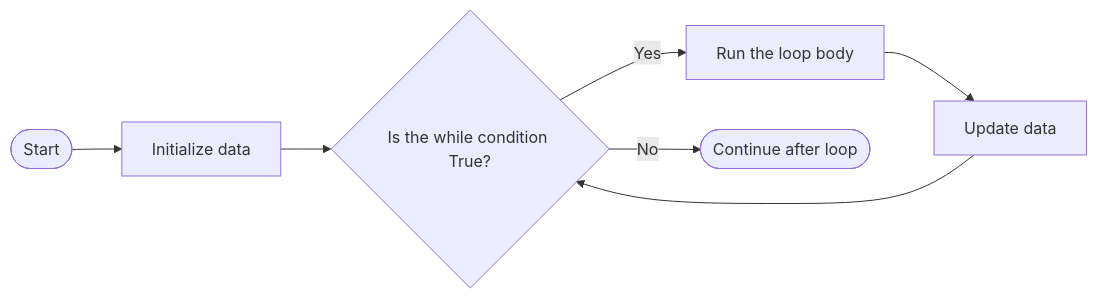
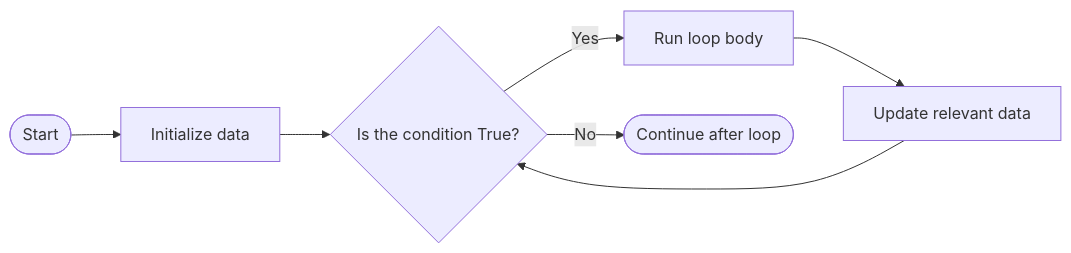
One commit to Rokiis1/Teaching-Materia changed the sixth of 7 diagrams in docs/en/python/control_flow/1_level/1_level_control_flow.md. Above: the diagram before and after it, drawn with Mermaid. The commit also changed other lines of this file, not shown here.

Commit message:
Updated  level 1 control flow documentation

````diff
--- a/docs/en/python/control_flow/1_level/1_level_control_flow.md
+++ b/docs/en/python/control_flow/1_level/1_level_control_flow.md
@@ -423,11 +605,9 @@
 ```mermaid
 flowchart LR
     A([Start]) --> B[Initialize data]
-    B --> C{Is the while condition True?}
-
-    C -->|Yes| D[Run the loop body]
-    D --> E[Update data]
+    B --> C{Is the condition True?}
+    C -->|Yes| D[Run loop body]
+    D --> E[Update relevant data]
     E --> C
-
     C -->|No| F([Continue after loop])
 ```
````
